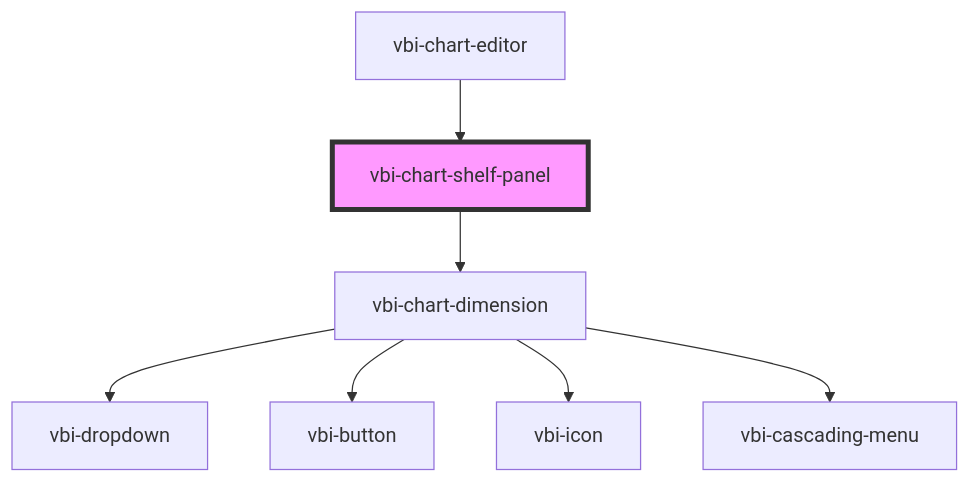
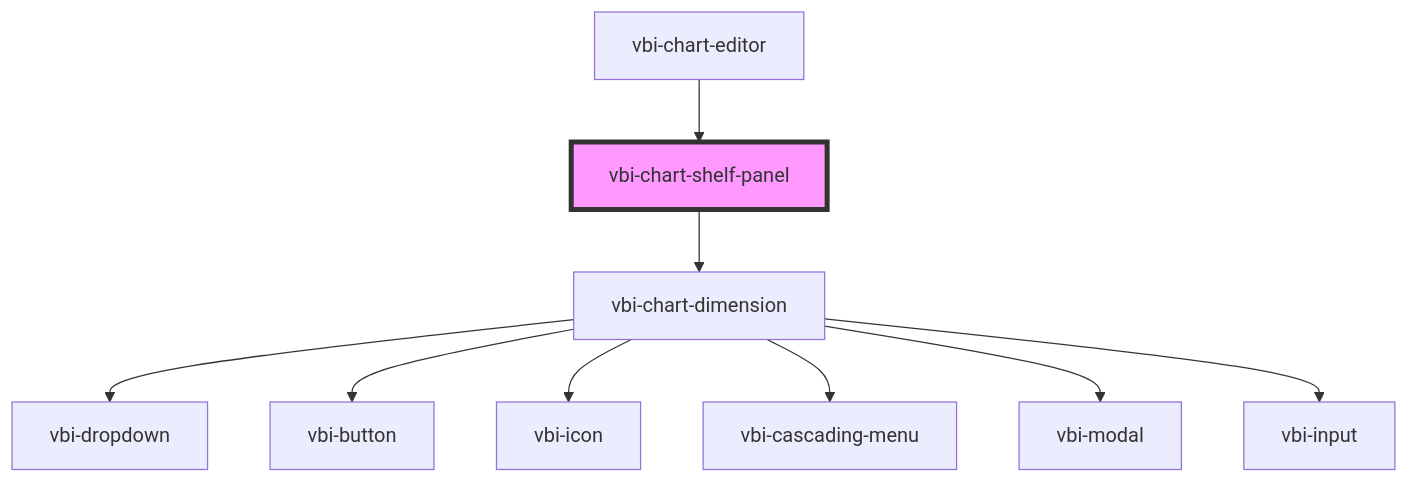
The diagram in packages/vbi-component/src/components/chart/shelves/vbi-chart-shelf-panel/readme.md (Ditto190/VBI-modme), drawn with Mermaid before and after one commit. The commit also changed 13 other files, not shown here.

Commit message:
feat(vbi-component): implement rename modal for chart dimension shelves

````diff
--- a/packages/vbi-component/src/components/chart/shelves/vbi-chart-shelf-panel/readme.md
+++ b/packages/vbi-component/src/components/chart/shelves/vbi-chart-shelf-panel/readme.md
@@ -19,10 +19,12 @@
 ```mermaid
 graph TD;
   vbi-chart-shelf-panel --> vbi-chart-dimension
   vbi-chart-dimension --> vbi-dropdown
   vbi-chart-dimension --> vbi-button
   vbi-chart-dimension --> vbi-icon
   vbi-chart-dimension --> vbi-cascading-menu
+  vbi-chart-dimension --> vbi-modal
+  vbi-chart-dimension --> vbi-input
   vbi-chart-editor --> vbi-chart-shelf-panel
   style vbi-chart-shelf-panel fill:#f9f,stroke:#333,stroke-width:4px
 ```
````
